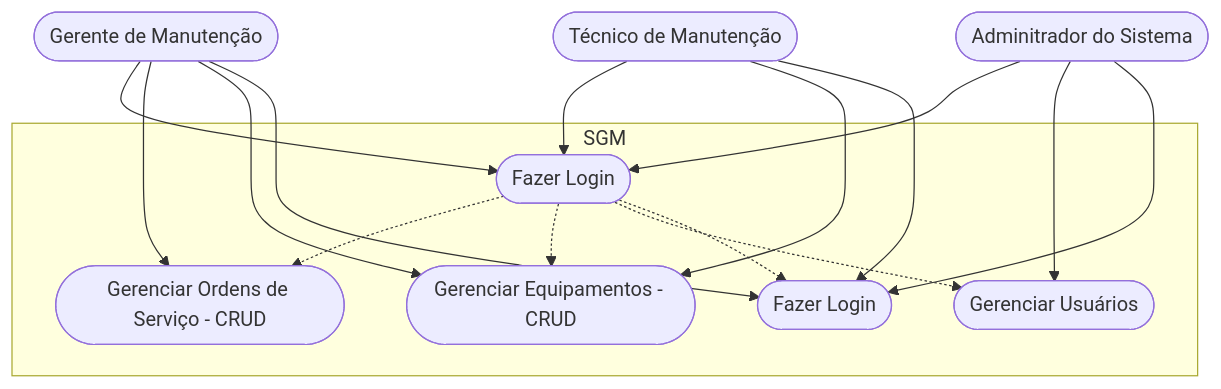
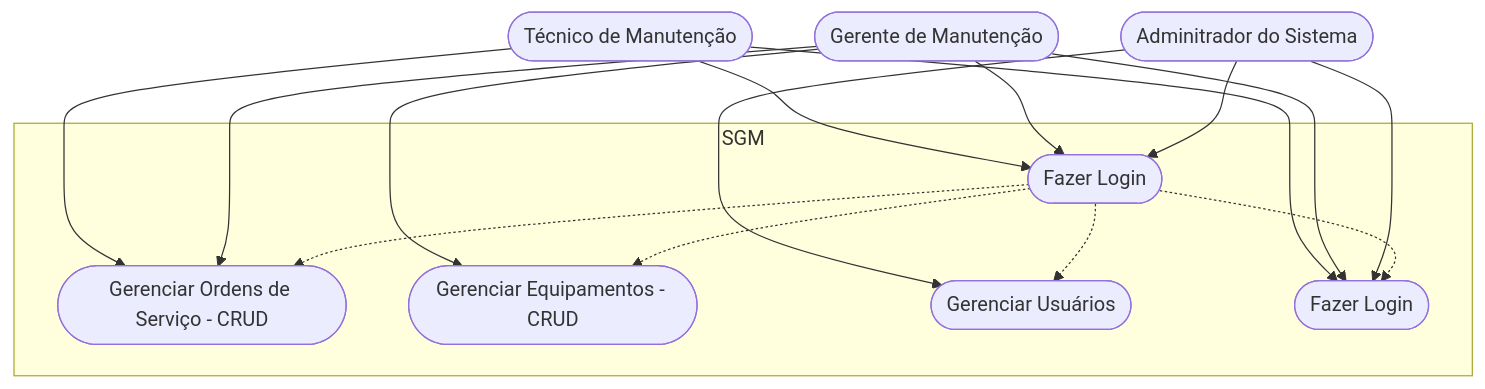
Before and after one commit to EduardoSB-2/Front-End: the second of 3 diagrams in Frameworks/Next/formativa-sgm/README.md, drawn with Mermaid. The commit also changed 6 other files, not shown here.

````diff
--- a/Frameworks/Next/formativa-sgm/README.md
+++ b/Frameworks/Next/formativa-sgm/README.md
@@ -103,35 +103,35 @@
 ```mermaid
 
 graph TD
 
     subgraph "SGM"
         caso1([Fazer Login])
         caso2([Gerenciar Ordens de Serviço - CRUD])
         caso3([Gerenciar Equipamentos - CRUD])
         caso4([Gerenciar Usuários])
         caso5([Fazer Login])
     end
 
     Tecnico([Técnico de Manutenção])
     Gerente([Gerente de Manutenção])
     Admin([Adminitrador do Sistema])
 
     Tecnico --> caso1
-    Tecnico --> caso3
+    Tecnico --> caso2
     Tecnico --> caso5
 
     Gerente --> caso1
     Gerente --> caso2
     Gerente --> caso3
     Gerente --> caso5
 
     Admin --> caso1
     Admin --> caso4
     Admin --> caso5
 
     caso1 -.-> caso2
     caso1 -.-> caso3
     caso1 -.-> caso4
     caso1 -.-> caso5
 
 ```
````
